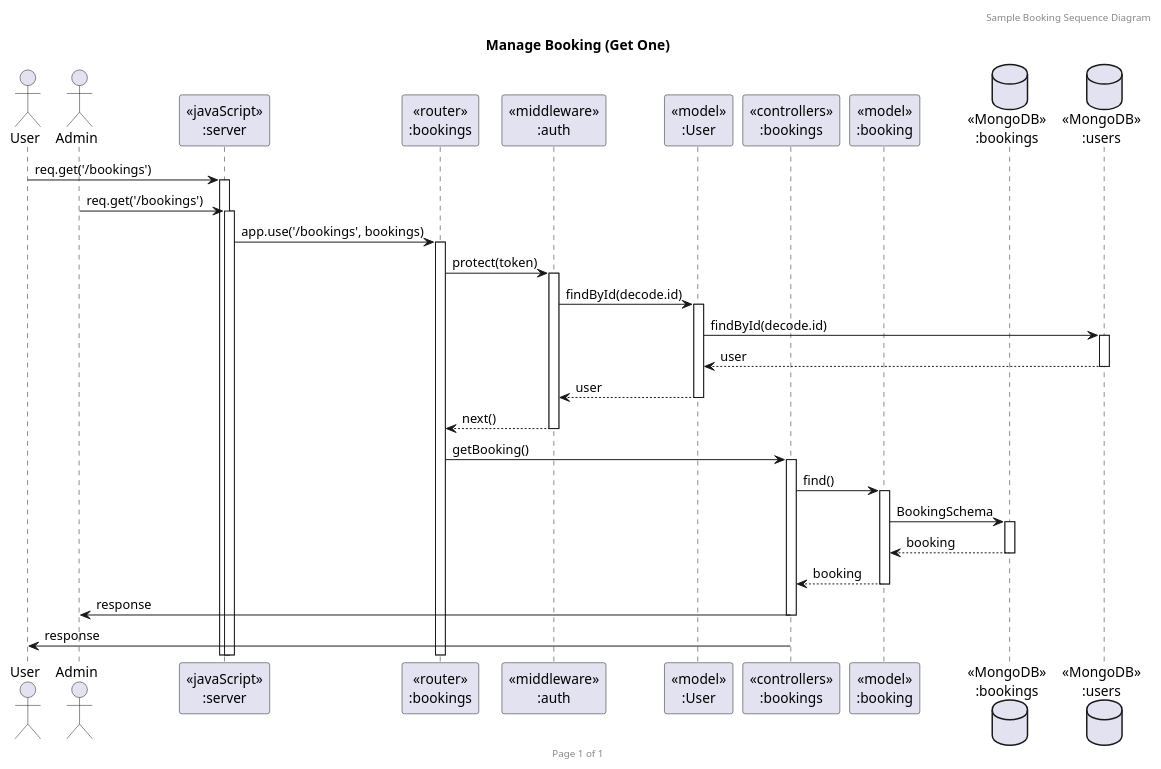
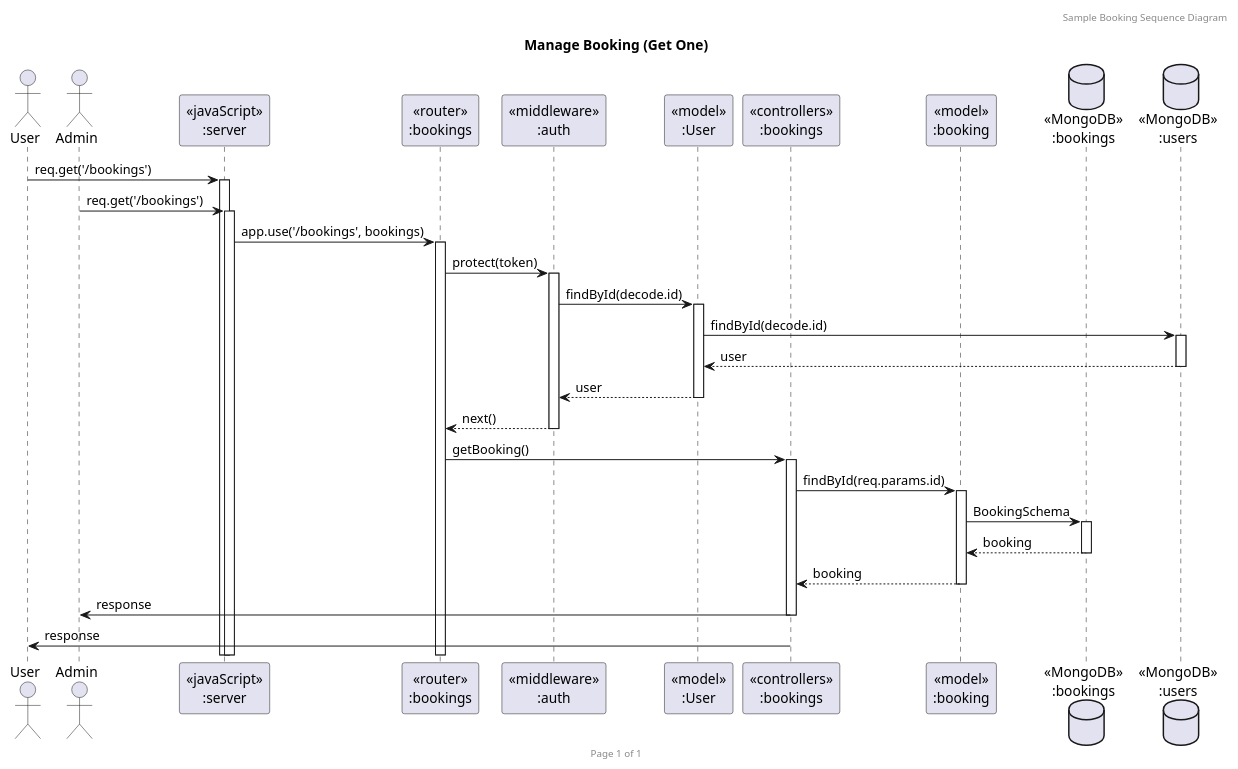
The diagram in documents/Sequence/Booking/Booking/2GetOneBooking.puml (tahphalat/Backend-for-fe-project), drawn with PlantUML before and after one commit.

Commit message:
edit getonebooking diagram

```diff
--- a/documents/Sequence/Booking/Booking/2GetOneBooking.puml
+++ b/documents/Sequence/Booking/Booking/2GetOneBooking.puml
@@ -1,42 +1,42 @@
 @startuml Manage Booking (Get One)
 
 header Sample Booking Sequence Diagram
 footer Page %page% of %lastpage%
 title "Manage Booking (Get One)"
 
 ' --------------------------------------------------------------------
 actor "User" as user
 actor "Admin" as admin
 participant "<<javaScript>>\n:server" as server
 participant "<<router>>\n:bookings" as routerBookings
 participant "<<middleware>>\n:auth" as middlewareAuth
 participant "<<model>>\n:User" as modelUser
 participant "<<controllers>>\n:bookings" as controllersBookings
 participant "<<model>>\n:booking" as modelBookings
 database "<<MongoDB>>\n:bookings" as BookingsDatabase
 database "<<MongoDB>>\n:users" as UsersDatabase
 
 ' --------------------------------------------------------------------
 user -> server ++: req.get('/bookings')
 admin -> server ++: req.get('/bookings')
 server -> routerBookings ++: app.use('/bookings', bookings)
 routerBookings -> middlewareAuth ++: protect(token)
 middlewareAuth -> modelUser ++: findById(decode.id)
 modelUser -> UsersDatabase ++: findById(decode.id)
 modelUser <-- UsersDatabase --: user
 
 middlewareAuth <-- modelUser --:user
 middlewareAuth --> routerBookings --: next()
 
 routerBookings -> controllersBookings ++: getBooking()
 
-controllersBookings -> modelBookings ++: find()
+controllersBookings -> modelBookings ++: findById(req.params.id)
 
 modelBookings -> BookingsDatabase ++: BookingSchema
 BookingsDatabase --> modelBookings --: booking
 controllersBookings <-- modelBookings --: booking
 controllersBookings -> admin --: response
 controllersBookings -> user --: response
 
 ' --------------------------------------------------------------------
 @enduml
```
